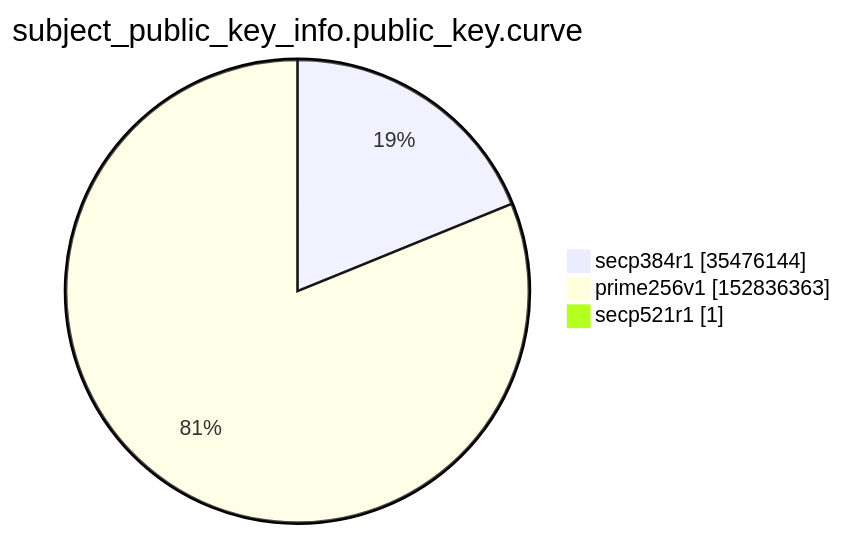
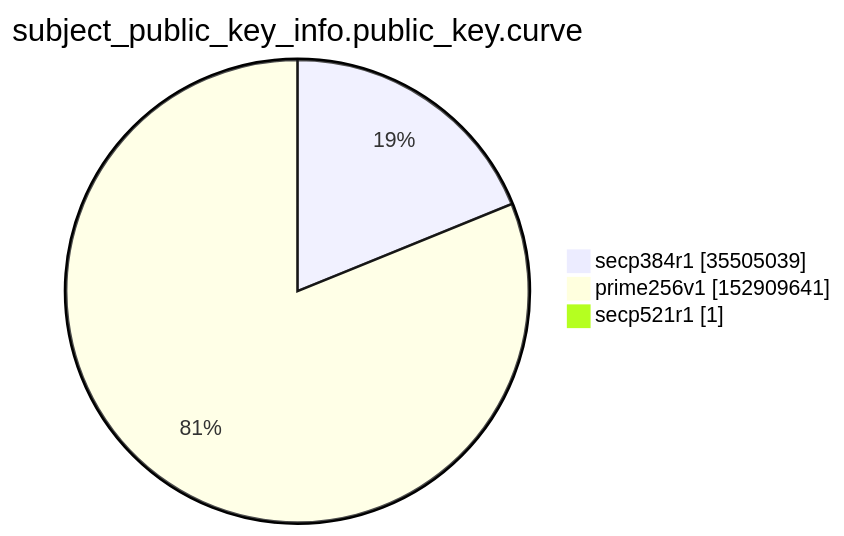
The ninth of 15 diagrams in argon2022/README.md (christiankrug/ctmonitor_visualization), drawn with Mermaid before and after one commit. The commit also changed other lines of this file, not shown here.

````diff
--- a/argon2022/README.md
+++ b/argon2022/README.md
@@ -2765,7 +2765,7 @@
 ```mermaid
 pie showData
 title subject_public_key_info.public_key.curve
-"secp384r1" :35476144
-"prime256v1" :152836363
+"secp384r1" :35505039
+"prime256v1" :152909641
 "secp521r1" :1
 ```
````
